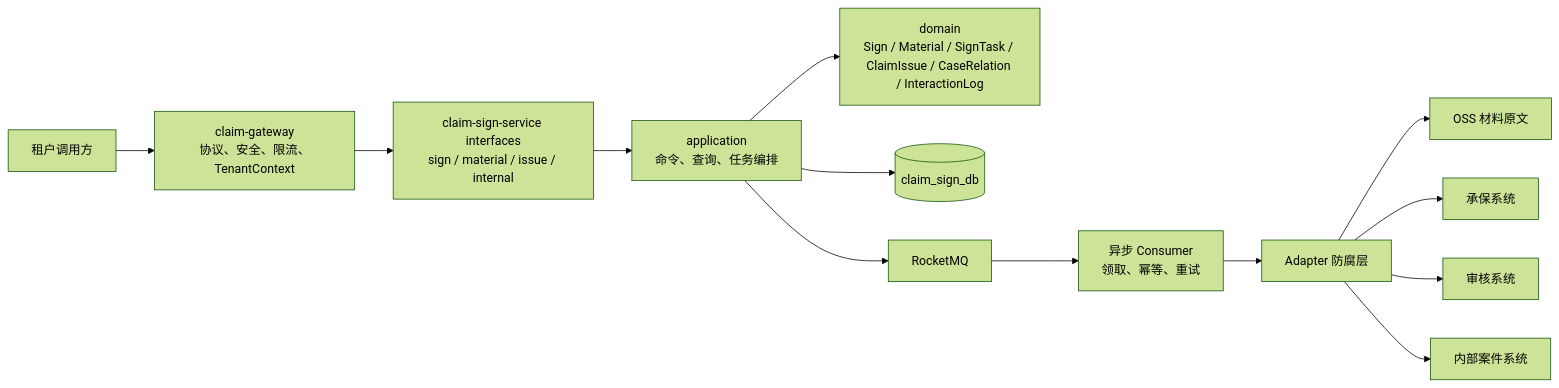
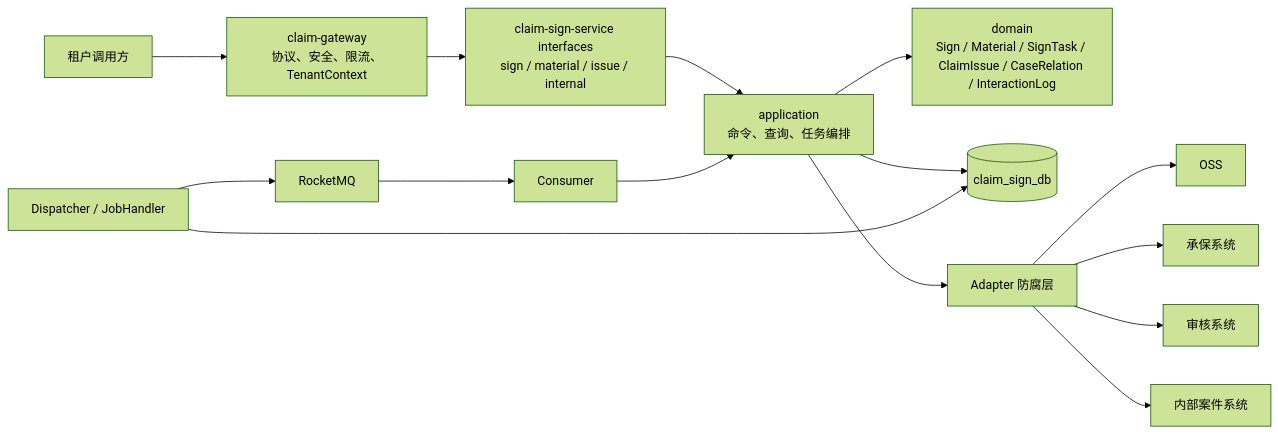
The first of 5 diagrams in docs/specs/sign-workflow/design.md (wangguangwu/claim-platform), drawn with Mermaid (forest theme) before and after one commit. The commit also changed other lines of this file and 3 other files, not shown here.

````diff
--- a/docs/specs/sign-workflow/design.md
+++ b/docs/specs/sign-workflow/design.md
@@ -7,15 +7,17 @@
 ```mermaid
 flowchart LR
     Caller[租户调用方] --> Gateway[claim-gateway\n协议、安全、限流、TenantContext]
     Gateway --> Interfaces[claim-sign-service interfaces\nsign / material / issue / internal]
     Interfaces --> App[application\n命令、查询、任务编排]
     App --> Domain[domain\nSign / Material / SignTask / ClaimIssue / CaseRelation / InteractionLog]
     App --> DB[(claim_sign_db)]
-    App --> MQ[RocketMQ]
-    MQ --> Consumer[异步 Consumer\n领取、幂等、重试]
-    Consumer --> Adapter[Adapter 防腐层]
-    Adapter --> OSS[OSS 材料原文]
+    Dispatcher[Dispatcher / JobHandler] --> DB
+    Dispatcher --> MQ[RocketMQ]
+    MQ --> Consumer[Consumer]
+    Consumer --> App
+    App --> Adapter[Adapter 防腐层]
+    Adapter --> OSS[OSS]
     Adapter --> Insured[承保系统]
     Adapter --> Audit[审核系统]
     Adapter --> InternalCase[内部案件系统]
 ```
````
